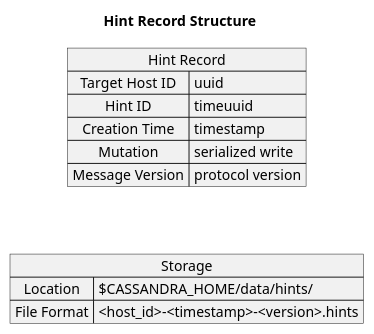
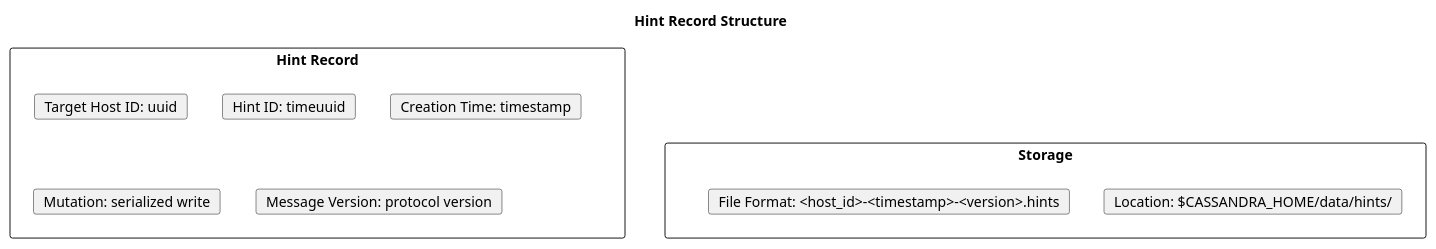
One commit to axonops/documentation changed diagram 12 of 16 in docs/cassandra/architecture/distributed-data/streaming.md. Above: the diagram before and after it, drawn with PlantUML. The commit also changed other lines of this file and 228 other files, not shown here.

````diff
--- a/docs/cassandra/architecture/distributed-data/streaming.md
+++ b/docs/cassandra/architecture/distributed-data/streaming.md
@@ -465,22 +461,22 @@
 ```plantuml
 @startuml
 skinparam backgroundColor transparent
 title Hint Record Structure
 
-map "Hint Record" as hint {
-    Target Host ID => uuid
-    Hint ID => timeuuid
-    Creation Time => timestamp
-    Mutation => serialized write
-    Message Version => protocol version
+rectangle "Hint Record" as hint {
+    card "Target Host ID: uuid" as h1
+    card "Hint ID: timeuuid" as h2
+    card "Creation Time: timestamp" as h3
+    card "Mutation: serialized write" as h4
+    card "Message Version: protocol version" as h5
 }
 
-map "Storage" as storage {
-    Location => $CASSANDRA_HOME/data/hints/
-    File Format => <host_id>-<timestamp>-<version>.hints
+rectangle "Storage" as storage {
+    card "Location: $CASSANDRA_HOME/data/hints/" as s1
+    card "File Format: <host_id>-<timestamp>-<version>.hints" as s2
 }
 
 hint -[hidden]down-> storage
 
 @enduml
 ```
````
